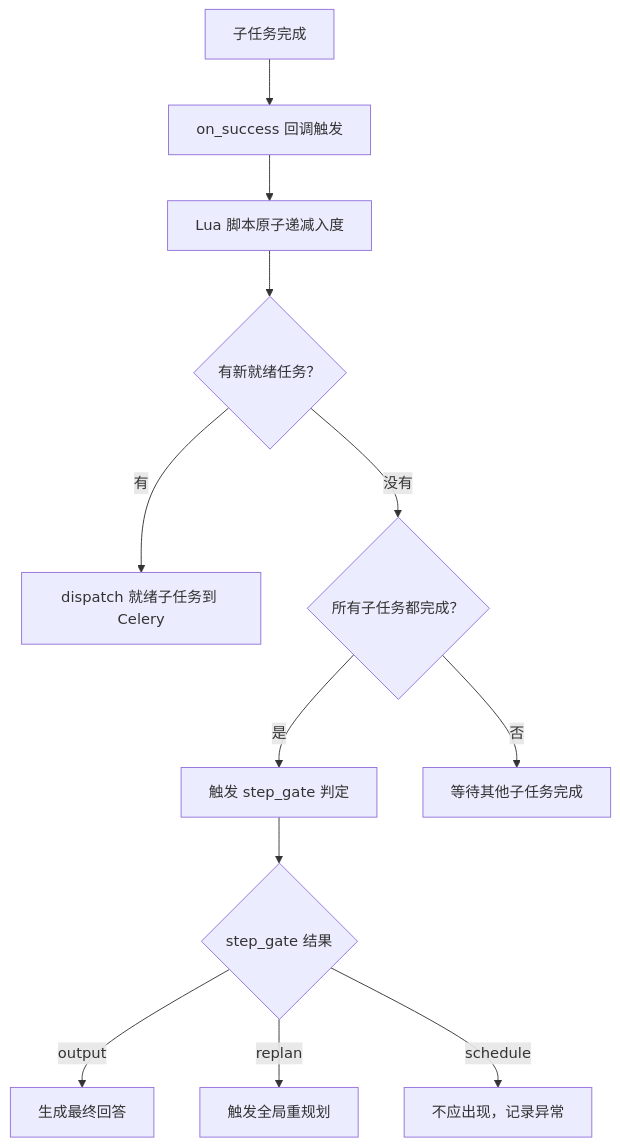
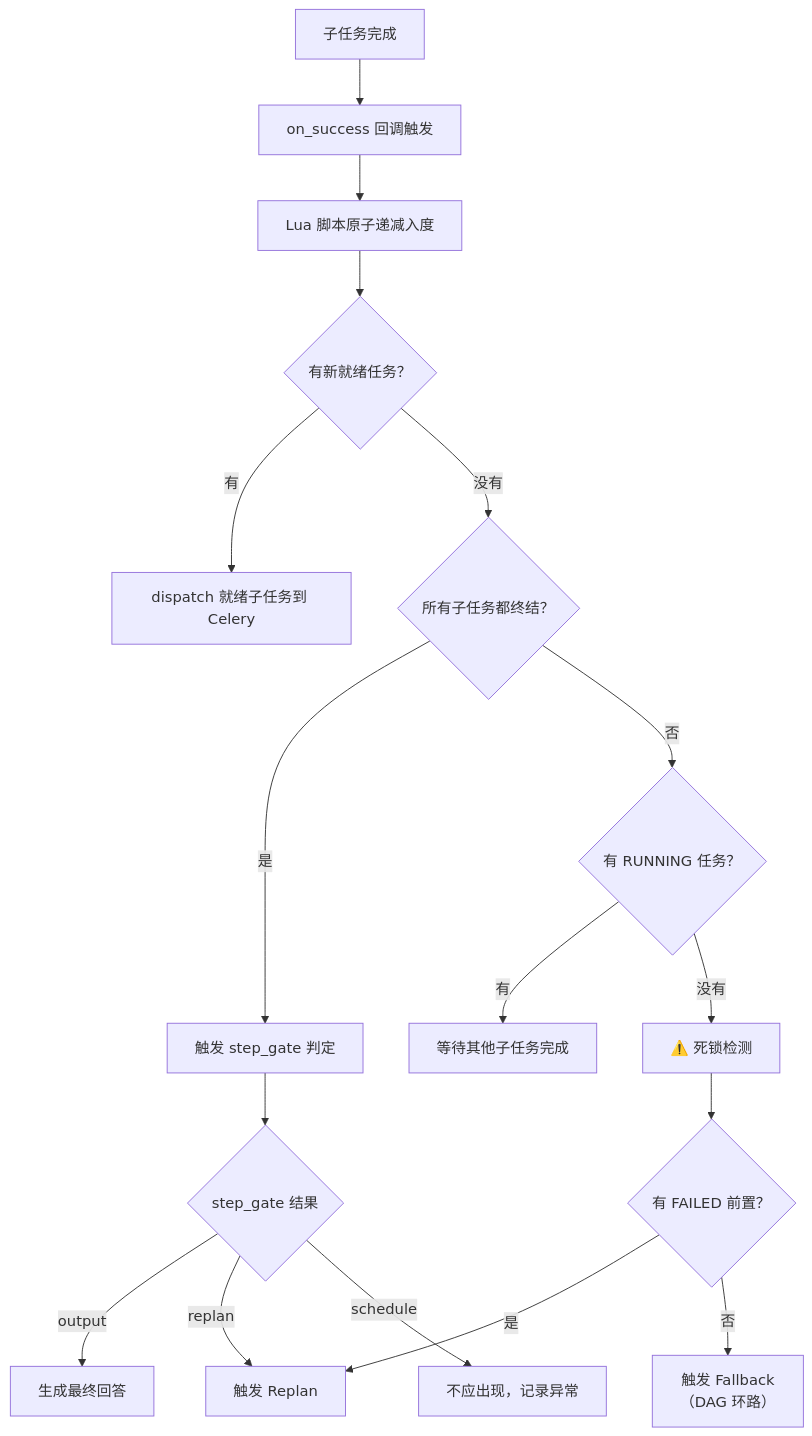
The third of 5 diagrams in src/learning_common_lib/案例/用户AgenticRAG检索/技术拆解.md (kkk935208447/learning_common_lib), drawn with Mermaid before and after one commit. The commit also changed other lines of this file and 1 other file, not shown here.

````diff
--- a/src/learning_common_lib/案例/用户AgenticRAG检索/技术拆解.md
+++ b/src/learning_common_lib/案例/用户AgenticRAG检索/技术拆解.md
@@ -566,14 +719,19 @@
 ```mermaid
 flowchart TD
     A["子任务完成"] --> B["on_success 回调触发"]
     B --> C["Lua 脚本原子递减入度"]
     C --> D{"有新就绪任务？"}
     D -- "有" --> E["dispatch 就绪子任务到 Celery"]
-    D -- "没有" --> F{"所有子任务都完成？"}
+    D -- "没有" --> F{"所有子任务都终结？"}
     F -- "是" --> G["触发 step_gate 判定"]
-    F -- "否" --> H["等待其他子任务完成"]
+    F -- "否" --> F2{"有 RUNNING 任务？"}
+    F2 -- "有" --> H["等待其他子任务完成"]
+    F2 -- "没有" --> DL["⚠️ 死锁检测"]
+    DL --> DL2{"有 FAILED 前置？"}
+    DL2 -- "是" --> K["触发 Replan"]
+    DL2 -- "否" --> M["触发 Fallback<br/>（DAG 环路）"]
     G --> I{"step_gate 结果"}
     I -- "output" --> J["生成最终回答"]
-    I -- "replan" --> K["触发全局重规划"]
+    I -- "replan" --> K
     I -- "schedule" --> L["不应出现，记录异常"]
 ```
````
